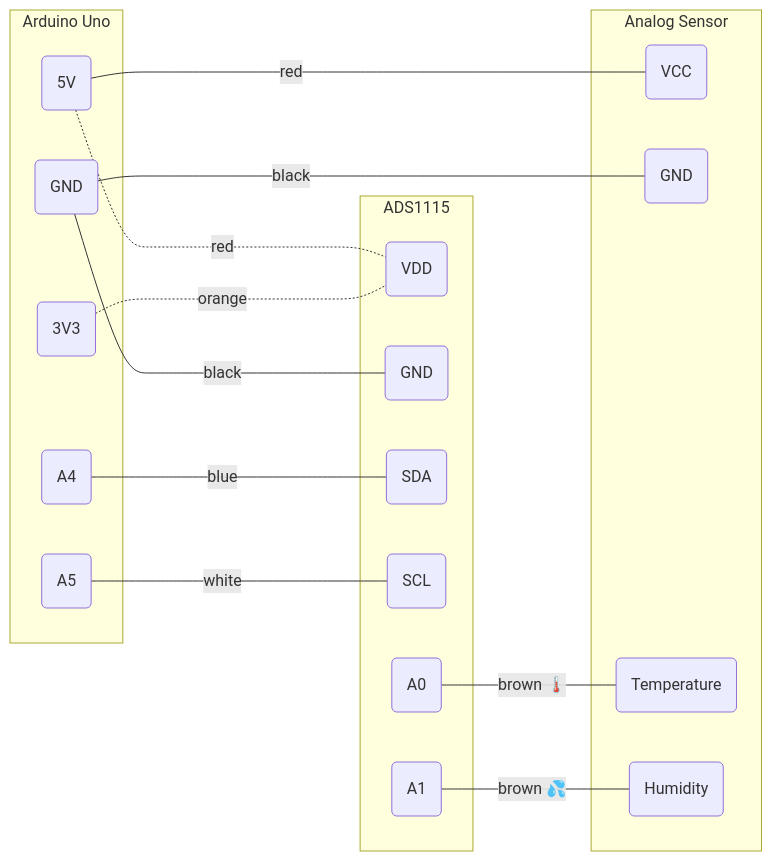
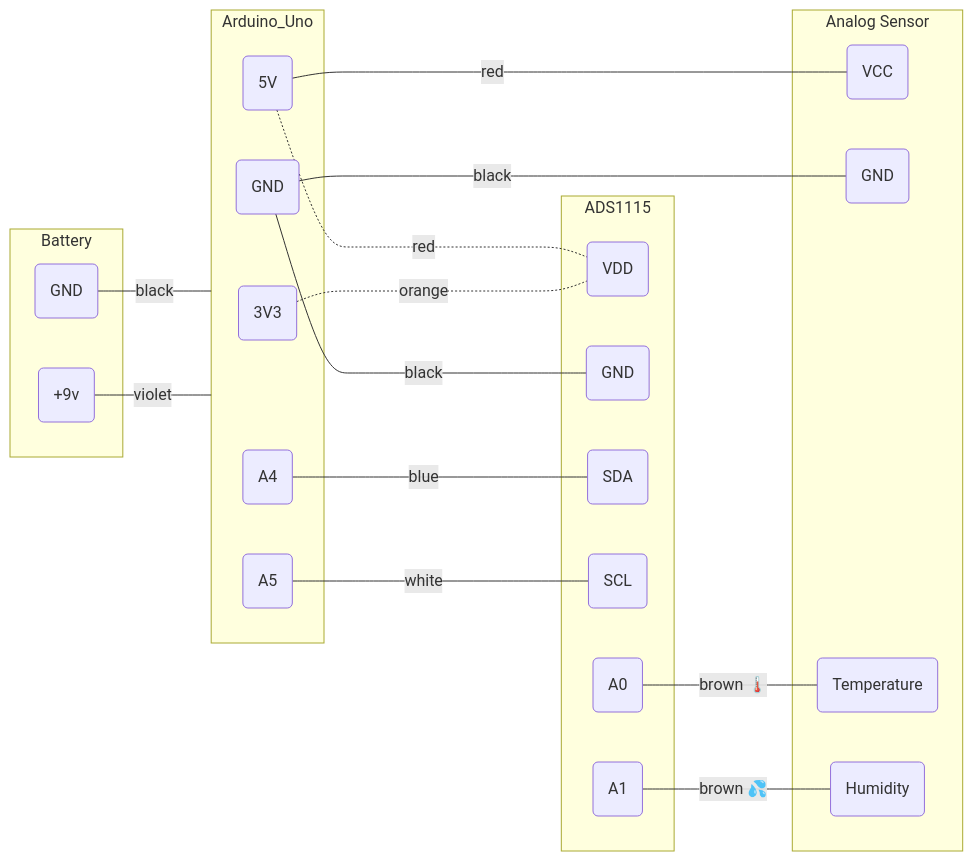
One commit to jochen4errors/colorcodes changed the second of 2 diagrams in wires.md. Above: the diagram before and after it, drawn with Mermaid. The commit also changed other lines of this file and 2 other files, not shown here.

````diff
--- a/wires.md
+++ b/wires.md
@@ -54,37 +54,44 @@
 ```mermaid
   flowchart LR
     Uno_3V3(3V3)-.-|orange|ADS1115_VDD(VDD) 
     Uno_5V(5V)-.-|red|ADS1115_VDD(VDD)
     Uno_5V(5V)---|red|SensorVCC(VCC)
     Uno_GND(GND)-----|black|ADS1115_GND(GND)
     Uno_GND(GND)-----|black|SensorGND(GND)
     Uno_A4(A4)---|blue|ADS1115_SDA(SDA)
     Uno_A5(A5)---|white|ADS1115_SCL(SCL)
     ADS1115_A0(A0)---|"brown 🌡️"|Sensor1(Temperature)
     ADS1115_A1(A1)---|"brown 💦"|Sensor2(Humidity)
+    Battery_V(+9v)---|violet|Arduino_Uno
+    Battery_GND(GND)---|black|Arduino_Uno
 
     subgraph Analog Sensor
       SensorVCC(VCC)
       SensorGND(GND)
       Sensor1(Temperature)
       Sensor2(Humidity)
     end
 
     subgraph ADS1115
       ADS1115_VDD(VDD)
       ADS1115_VDD(VDD)
       ADS1115_GND(GND)
       ADS1115_SDA(SDA)
       ADS1115_SCL(SCL)
       ADS1115_A0(A0)
       ADS1115_A1(A1)
     end
 
-    subgraph Arduino Uno
+    subgraph Arduino_Uno
       Uno_3V3(3V3)
       Uno_5V(5V)
       Uno_GND(GND)
       Uno_A4(A4)
       Uno_A5(A5)
     end
+
+    subgraph "Battery"
+      Battery_V(+9v)
+      Battery_GND(GND)
+    end
 ```
````
